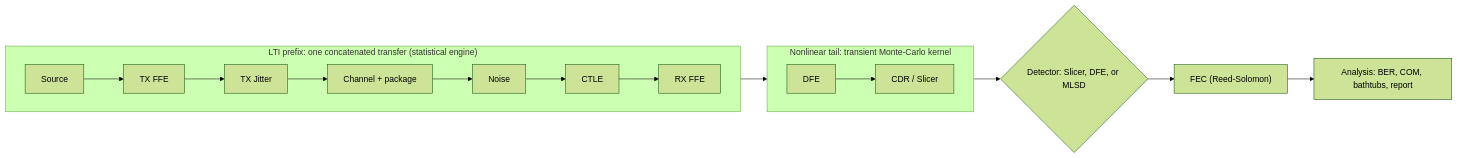
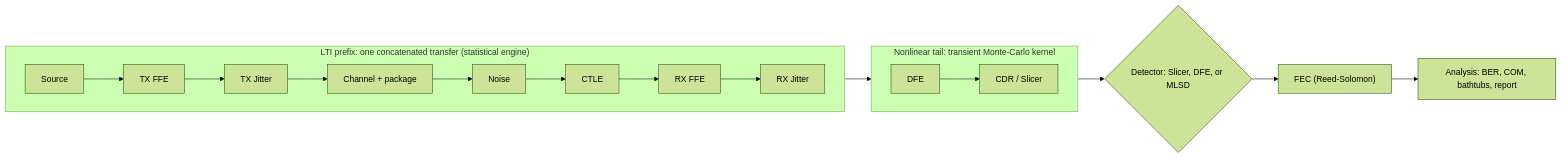
Before and after one commit to austinrosh/EyeQ: the diagram in README.md, drawn with Mermaid (forest theme). The commit also changed other lines of this file and 30 other files, not shown here.

````diff
--- a/README.md
+++ b/README.md
@@ -155,15 +163,15 @@
 ```mermaid
 flowchart LR
   subgraph LTI["LTI prefix: one concatenated transfer (statistical engine)"]
     direction LR
-    SRC[Source] --> TXF[TX FFE] --> TXJ[TX Jitter] --> CH["Channel + package"] --> NZ[Noise] --> CT[CTLE] --> RXF[RX FFE]
+    SRC[Source] --> TXF[TX FFE] --> TXJ[TX Jitter] --> CH["Channel + package"] --> NZ[Noise] --> CT[CTLE] --> RXF[RX FFE] --> RXJ[RX Jitter]
   end
   subgraph TAIL["Nonlinear tail: transient Monte-Carlo kernel"]
     direction LR
     DFE[DFE] --> CDR["CDR / Slicer"]
   end
-  RXF --> DFE
+  RXJ --> DFE
   CDR --> DET{"Detector: Slicer, DFE, or MLSD"}
   DET --> FECN["FEC (Reed-Solomon)"]
   FECN --> OUT["Analysis: BER, COM, bathtubs, report"]
 ```
````
